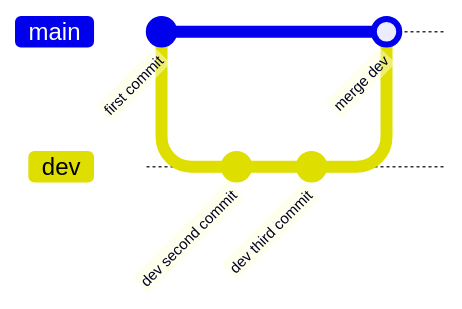
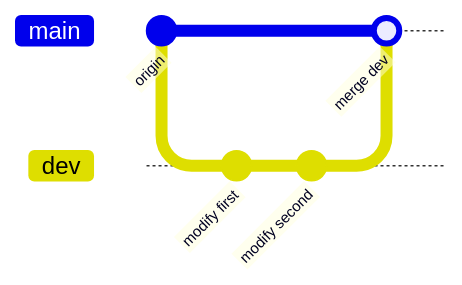
The seventh of 21 diagrams in _posts/software/git/2024-09-24-git使用.md (dmjcb/dmjcb.github.io), drawn with Mermaid before and after one commit. The commit also changed other lines of this file and 110 other files, not shown here.

````diff
--- a/_posts/software/git/2024-09-24-git使用.md
+++ b/_posts/software/git/2024-09-24-git使用.md
@@ -493,10 +434,10 @@
 ```mermaid
 gitGraph
-    commit id: "first commit"
+    commit id: "origin"
     branch dev
     switch dev
-    commit id: "dev second commit"
-    commit id: "dev third commit"
+    commit id: "modify first"
+    commit id: "modify second"
     switch main
     merge dev id: "merge dev"
 ```
````
